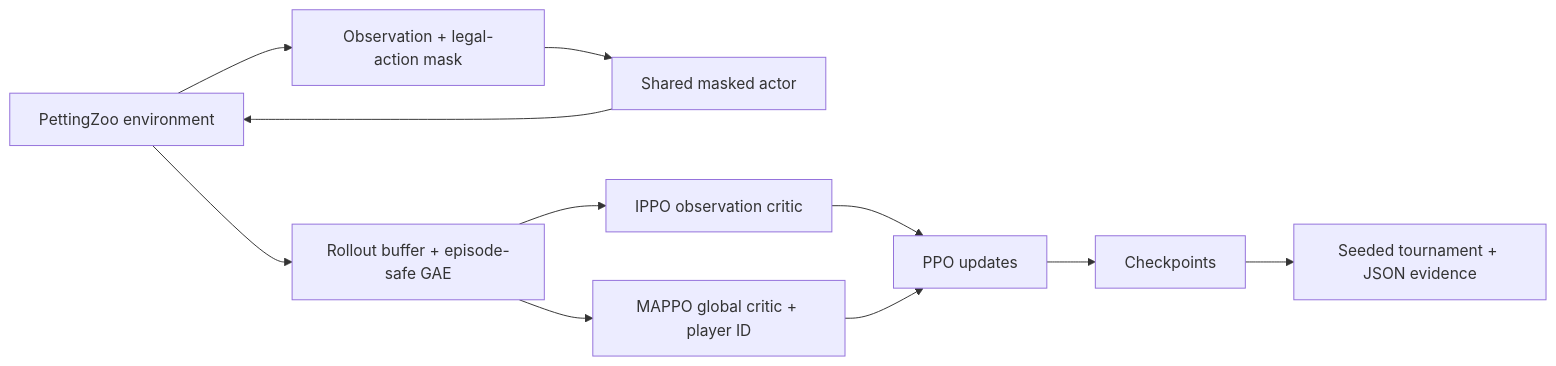
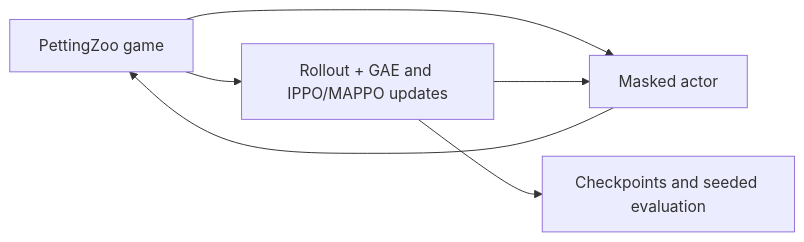
The diagram in README.md (AliKandora/monopoly-marl-14days), drawn with Mermaid before and after one commit.

Commit message:
docs: simplify architecture diagram for readable GitHub rendering

````diff
--- a/README.md
+++ b/README.md
@@ -49,13 +49,8 @@
 ```mermaid
 flowchart LR
-    E[PettingZoo environment] --> O[Observation + legal-action mask]
-    O --> A[Shared masked actor]
+    E[PettingZoo game] --> A[Masked actor]
     A --> E
-    E --> R[Rollout buffer + episode-safe GAE]
-    R --> I[IPPO observation critic]
-    R --> M[MAPPO global critic + player ID]
-    I --> P[PPO updates]
-    M --> P
-    P --> C[Checkpoints]
-    C --> V[Seeded tournament + JSON evidence]
+    E --> T[Rollout + GAE and IPPO/MAPPO updates]
+    T --> A
+    T --> V[Checkpoints and seeded evaluation]
 ```
````
